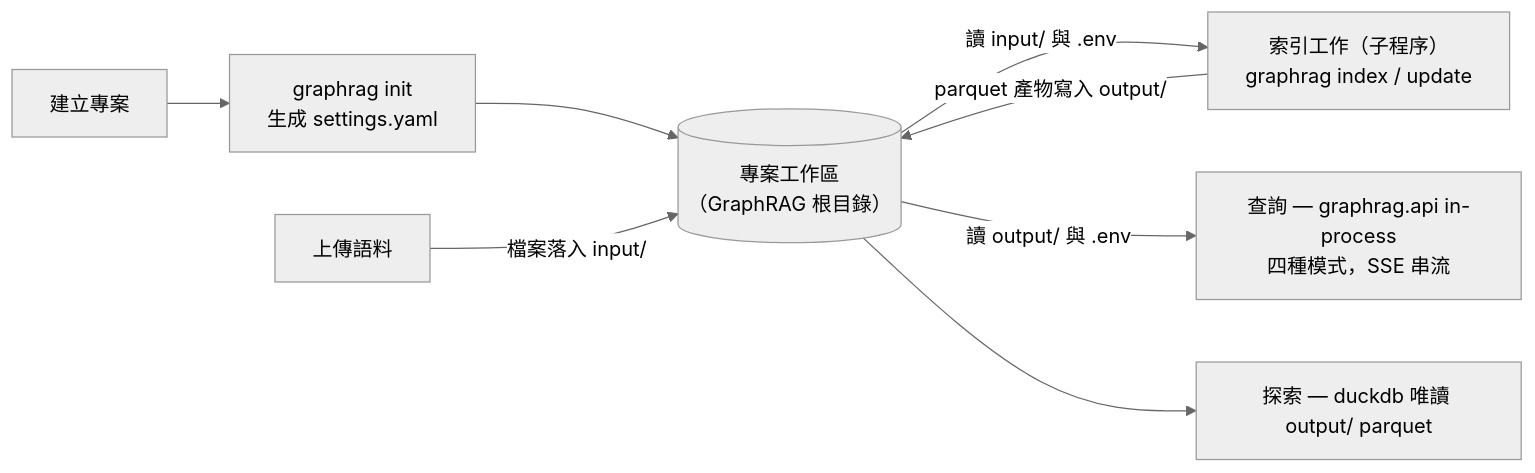
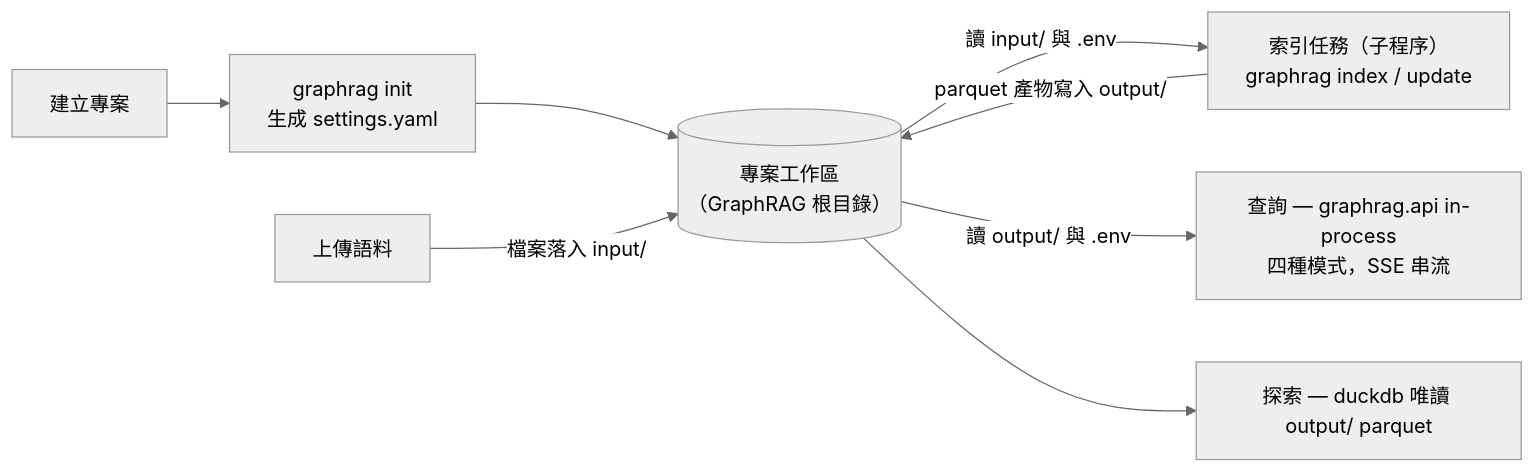
One commit to kehao-playground/graphrag-web-ui changed the second of 3 diagrams in docs/zh-TW/README.md. Above: the diagram before and after it, drawn with Mermaid (neutral theme). The commit also changed other lines of this file and 4 other files, not shown here.

````diff
--- a/docs/zh-TW/README.md
+++ b/docs/zh-TW/README.md
@@ -76,10 +76,10 @@
 ```mermaid
 flowchart LR
     P["建立專案"] --> I["graphrag init<br/>生成 settings.yaml"]
     I --> W[("專案工作區<br/>（GraphRAG 根目錄）")]
     U["上傳語料"] -->|"檔案落入 input/"| W
-    W -->|"讀 input/ 與 .env"| X["索引工作（子程序）<br/>graphrag index / update"]
+    W -->|"讀 input/ 與 .env"| X["索引任務（子程序）<br/>graphrag index / update"]
     X -->|"parquet 產物寫入 output/"| W
     W -->|"讀 output/ 與 .env"| Q["查詢 — graphrag.api in-process<br/>四種模式，SSE 串流"]
     W --> E["探索 — duckdb 唯讀 output/ parquet"]
 ```
````
